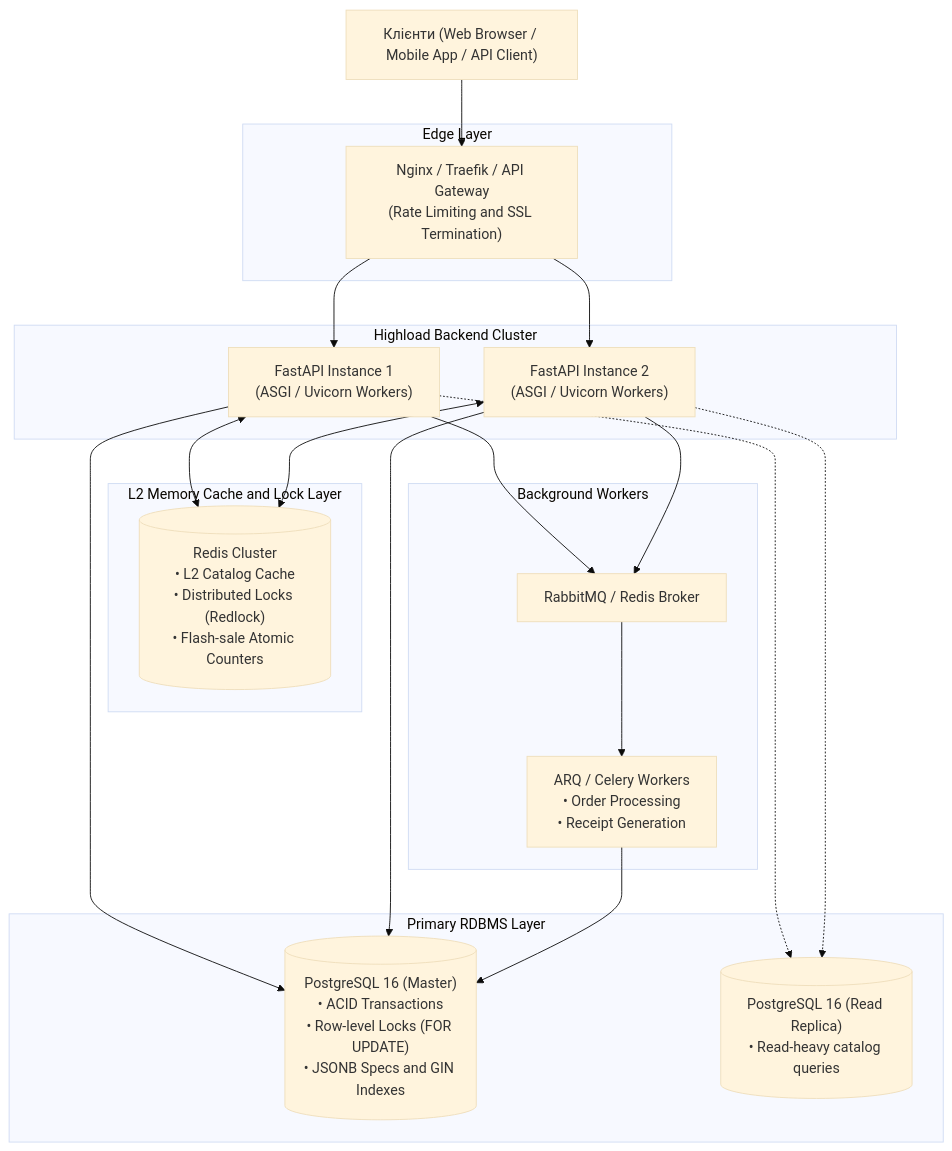
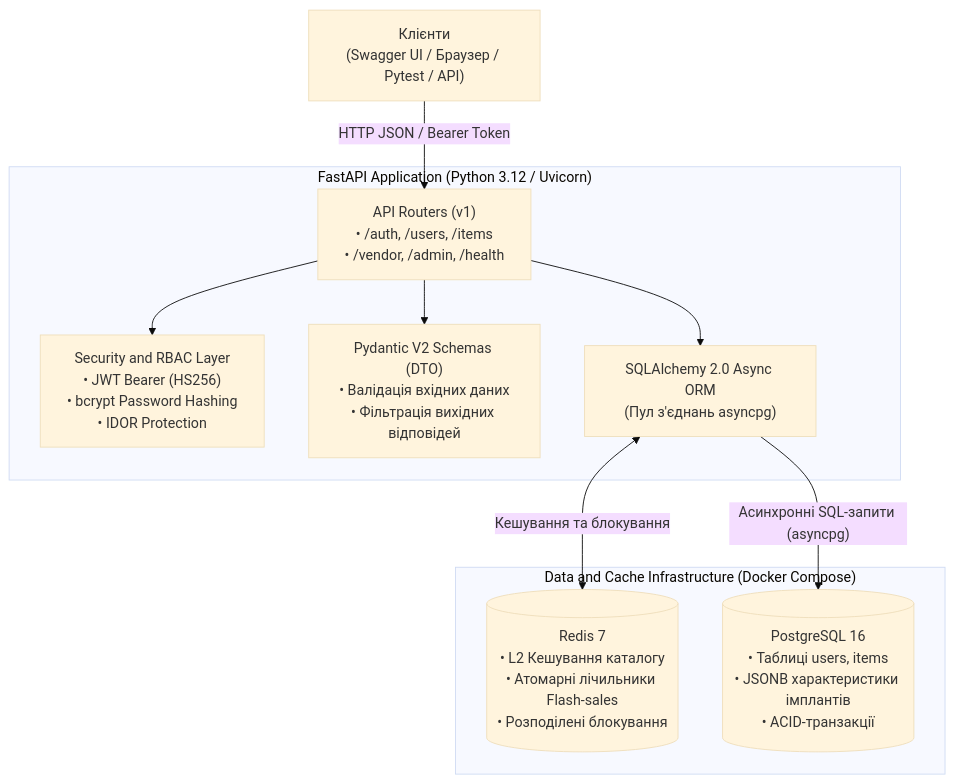
Before and after one commit to kazikSUPER/RuneDrive: the diagram in docs/architecture.md, drawn with Mermaid (base theme). The commit also changed other lines of this file, not shown here.

Commit message:
docs: simplify architecture mermaid diagram to reflect actual project stack

````diff
--- a/docs/architecture.md
+++ b/docs/architecture.md
@@ -17,44 +17,24 @@
 ```mermaid
 flowchart TD
-    Client["Клієнти (Web Browser / Mobile App / API Client)"]
+    Client["Клієнти<br>(Swagger UI / Браузер / Pytest / API)"]
 
-    subgraph EdgeLayer ["Edge Layer"]
-        Gateway["Nginx / Traefik / API Gateway<br>(Rate Limiting and SSL Termination)"]
+    subgraph AppLayer ["FastAPI Application (Python 3.12 / Uvicorn)"]
+        Router["API Routers (v1)<br>• /auth, /users, /items<br>• /vendor, /admin, /health"]
+        Security["Security and RBAC Layer<br>• JWT Bearer (HS256)<br>• bcrypt Password Hashing<br>• IDOR Protection"]
+        Schemas["Pydantic V2 Schemas (DTO)<br>• Валідація вхідних даних<br>• Фільтрація вихідних відповідей"]
+        ORM["SQLAlchemy 2.0 Async ORM<br>(Пул з'єднань asyncpg)"]
     end
 
-    subgraph ApplicationCluster ["Highload Backend Cluster"]
-        App1["FastAPI Instance 1<br>(ASGI / Uvicorn Workers)"]
-        App2["FastAPI Instance 2<br>(ASGI / Uvicorn Workers)"]
+    subgraph StorageLayer ["Data and Cache Infrastructure (Docker Compose)"]
+        Redis[("Redis 7<br>• L2 Кешування каталогу<br>• Атомарні лічильники Flash-sales<br>• Розподілені блокування")]
+        Postgres[("PostgreSQL 16<br>• Таблиці users, items<br>• JSONB характеристики імплантів<br>• ACID-транзакції")]
     end
 
-    subgraph CachingLockLayer ["L2 Memory Cache and Lock Layer"]
-        Redis[("Redis Cluster<br>• L2 Catalog Cache<br>• Distributed Locks (Redlock)<br>• Flash-sale Atomic Counters")]
-    end
+    Client -->|"HTTP JSON / Bearer Token"| Router
+    Router --> Security
+    Router --> Schemas
+    Router --> ORM
 
-    subgraph PersistenceLayer ["Primary RDBMS Layer"]
-        PG_Master[("PostgreSQL 16 (Master)<br>• ACID Transactions<br>• Row-level Locks (FOR UPDATE)<br>• JSONB Specs and GIN Indexes")]
-        PG_Replica[("PostgreSQL 16 (Read Replica)<br>• Read-heavy catalog queries")]
-    end
-
-    subgraph AsyncProcessing ["Background Workers"]
-        Queue["RabbitMQ / Redis Broker"]
-        Workers["ARQ / Celery Workers<br>• Order Processing<br>• Receipt Generation"]
-    end
-
-    Client --> Gateway
-    Gateway --> App1
-    Gateway --> App2
-
-    App1 <--> Redis
-    App2 <--> Redis
-
-    App1 --> PG_Master
-    App2 --> PG_Master
-    App1 -.-> PG_Replica
-    App2 -.-> PG_Replica
-
-    App1 --> Queue
-    App2 --> Queue
-    Queue --> Workers
-    Workers --> PG_Master
+    ORM <-->|"Кешування та блокування"| Redis
+    ORM -->|"Асинхронні SQL-запити (asyncpg)"| Postgres
 ```
````
